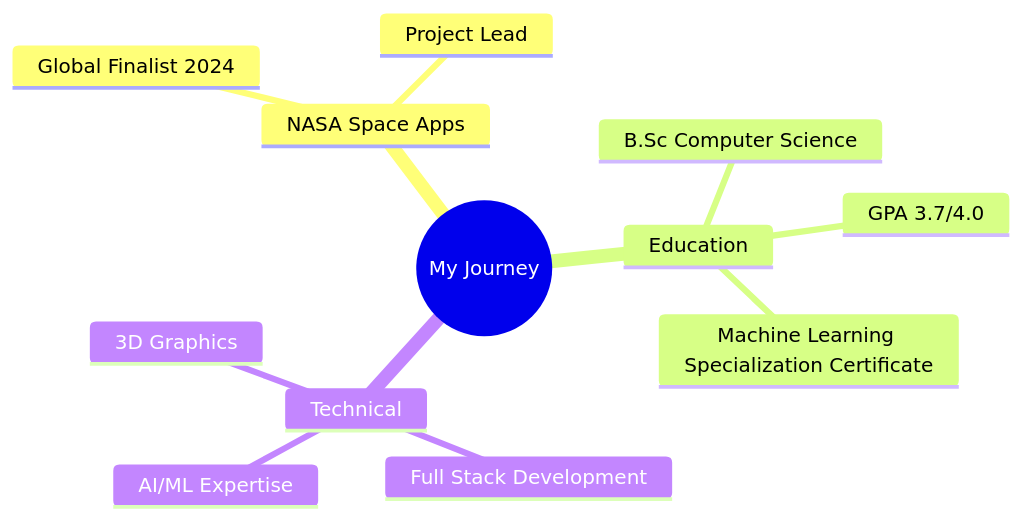
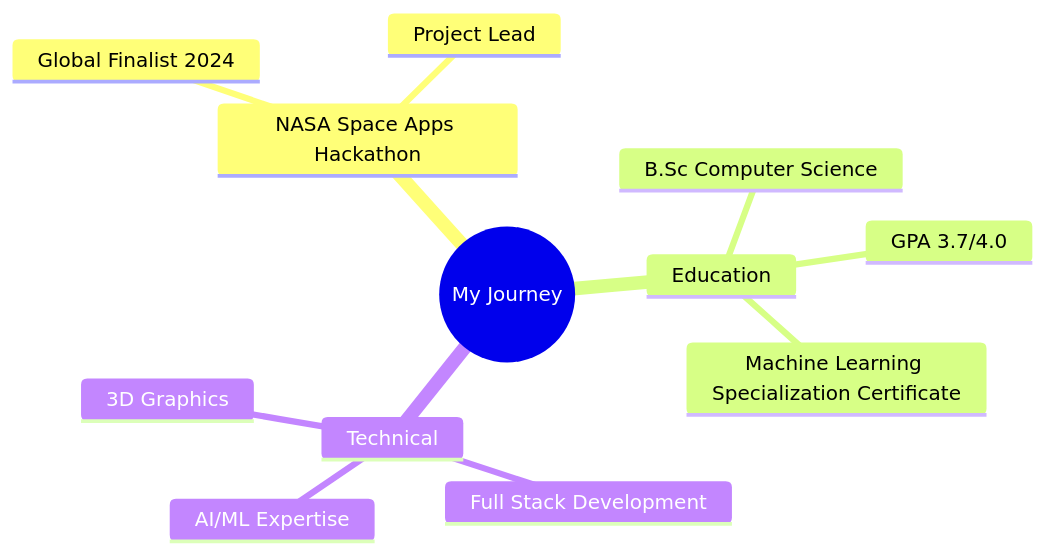
One commit to KhamessiTaha/KhamessiTaha changed the diagram in README.md. Above: the diagram before and after it, drawn with Mermaid. The commit also changed other lines of this file, not shown here.

````diff
--- a/README.md
+++ b/README.md
@@ -65,15 +64,15 @@
 ```mermaid
 mindmap
   root((My Journey))
-    NASA Space Apps
+    NASA Space Apps Hackathon
       Global Finalist 2024
       Project Lead
     Education
       B.Sc Computer Science
       GPA 3.7/4.0
       Machine Learning Specialization Certificate
     Technical
       Full Stack Development
       AI/ML Expertise
       3D Graphics
 ```
````
